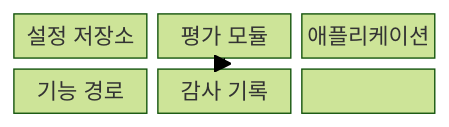
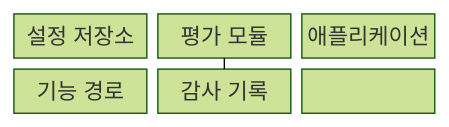
One commit to agnusdei1207/knowledge-base changed the first of 2 diagrams in src/content/docs/notes/03-software/064_feature_flag.md. Above: the diagram before and after it, drawn with Mermaid (forest theme). The commit also changed other lines of this file and 493 other files, not shown here.

````diff
--- a/src/content/docs/notes/03-software/064_feature_flag.md
+++ b/src/content/docs/notes/03-software/064_feature_flag.md
@@ -70,11 +70,11 @@
 ```mermaid
-block
+block-beta
   columns 3
   S["설정 저장소"]
   E["평가 모듈"]
   A["애플리케이션"]
   F["기능 경로"]
   L["감사 기록"]
-  S --> E --> A --> F
-  E --> L
+  S --- E --- A --- F
+  E --- L
 ```
````
